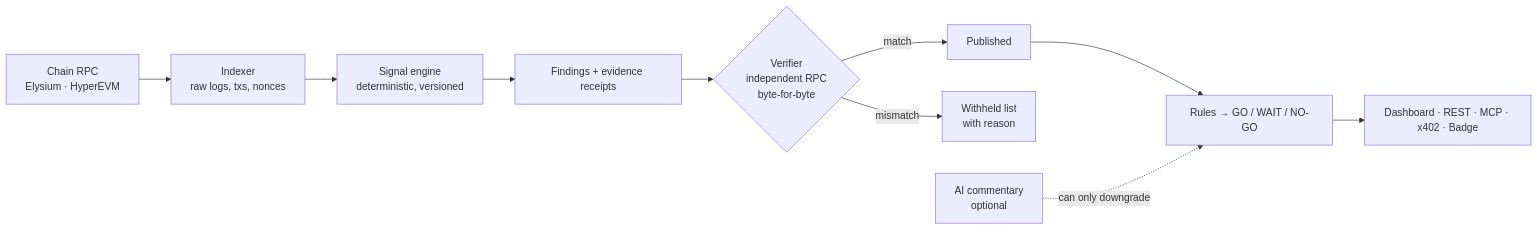
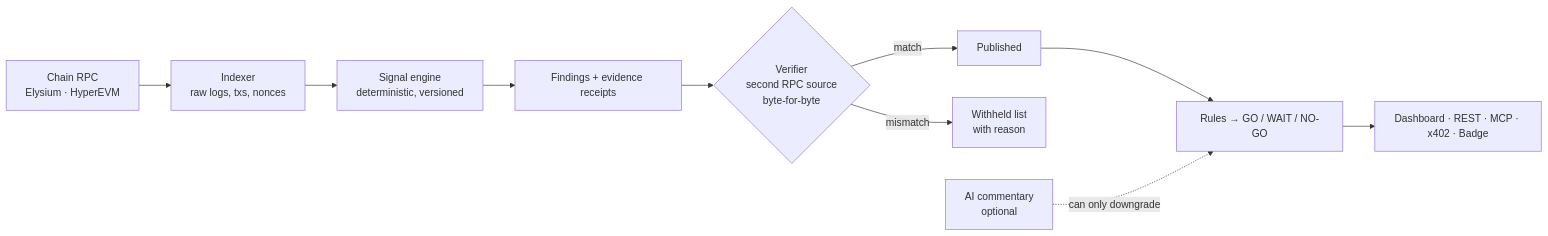
One commit to victorhez/ascertain changed the diagram in README.md. Above: the diagram before and after it, drawn with Mermaid. The commit also changed other lines of this file and 12 other files, not shown here.

````diff
--- a/README.md
+++ b/README.md
@@ -87,12 +87,12 @@
 ```mermaid
 flowchart LR
   A[Chain RPC<br/>Elysium · HyperEVM] --> B[Indexer<br/>raw logs, txs, nonces]
   B --> C[Signal engine<br/>deterministic, versioned]
   C --> D[Findings + evidence receipts]
-  D --> E{Verifier<br/>independent RPC<br/>byte-for-byte}
+  D --> E{Verifier<br/>second RPC source<br/>byte-for-byte}
   E -- match --> F[Published]
   E -- mismatch --> G[Withheld list<br/>with reason]
   F --> H[Rules → GO / WAIT / NO-GO]
   H --> I[Dashboard · REST · MCP · x402 · Badge]
   J[AI commentary<br/>optional] -. can only downgrade .-> H
 ```
````
